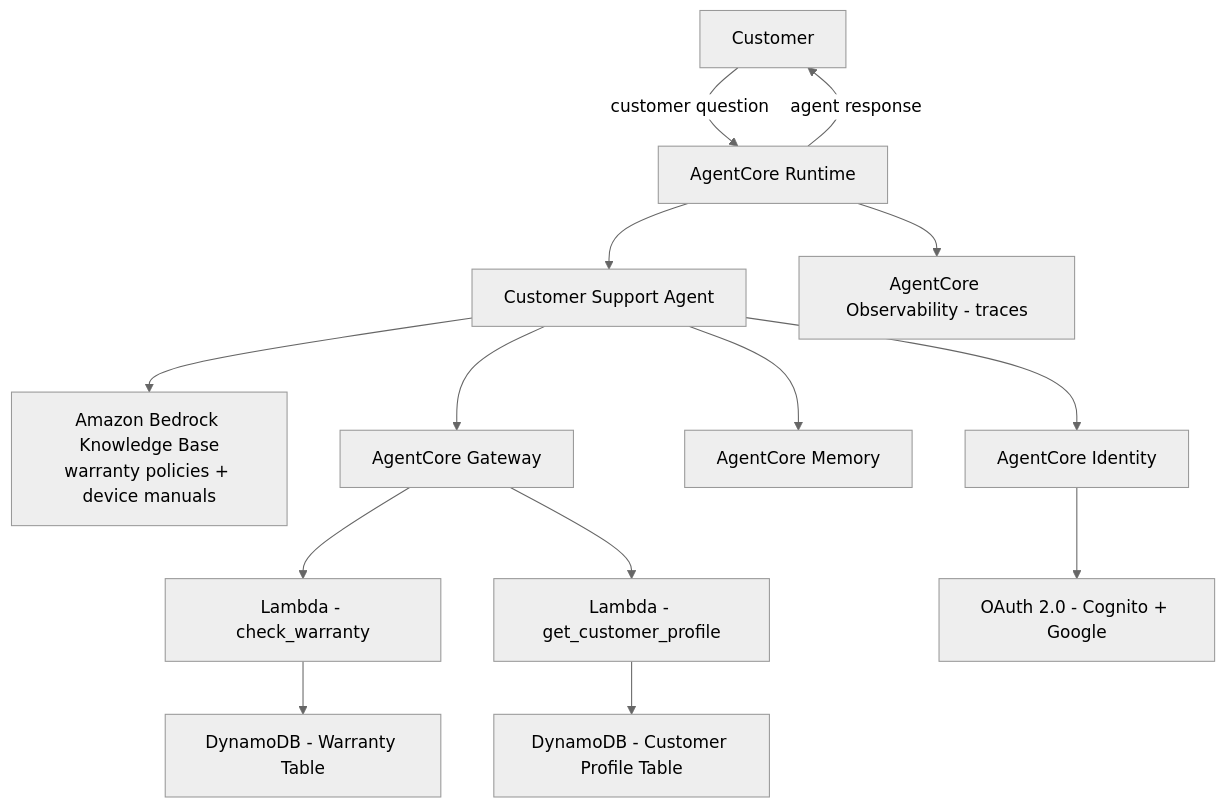
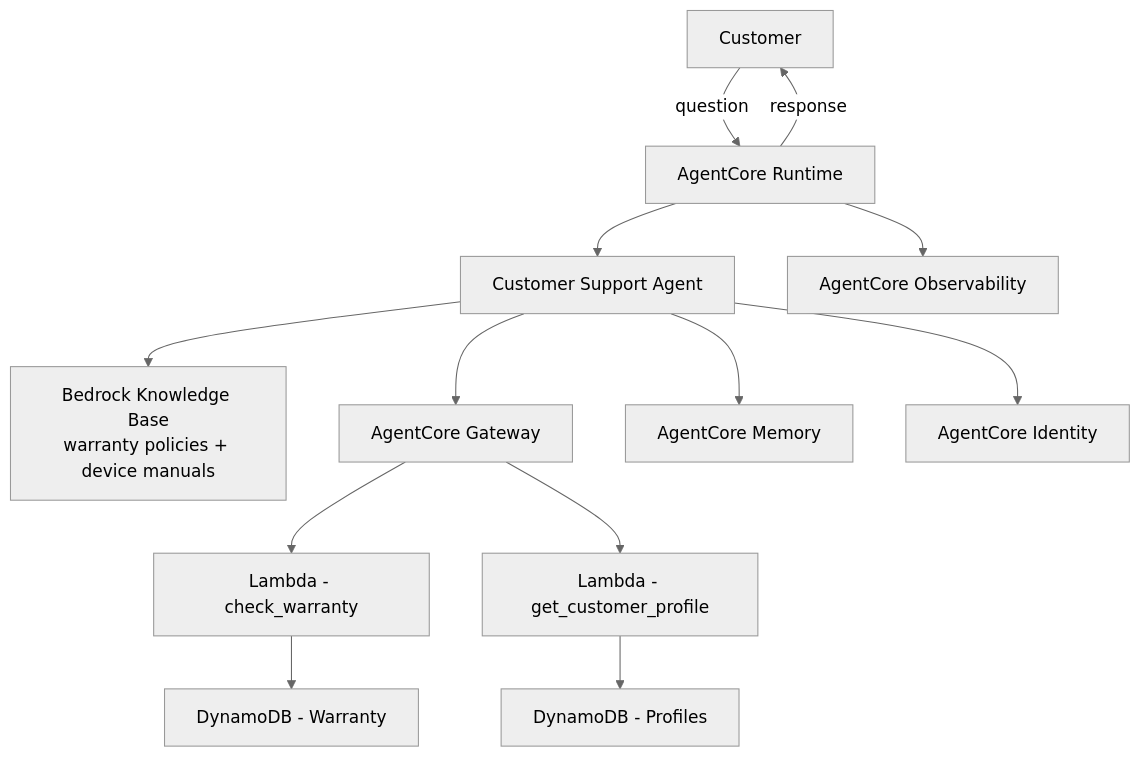
The second of 6 diagrams in doc_bedrock_production/Chapter_02_Bedrock_AgentCore_Production_Ready_Agents.md (DeeptiShuklaProject/Uday_AWS), drawn with Mermaid (neutral theme) before and after one commit. The commit also changed other lines of this file and 147 other files, not shown here.

````diff
--- a/doc_bedrock_production/Chapter_02_Bedrock_AgentCore_Production_Ready_Agents.md
+++ b/doc_bedrock_production/Chapter_02_Bedrock_AgentCore_Production_Ready_Agents.md
@@ -125,16 +98,15 @@
 ```mermaid
 flowchart TD
-    Customer["Customer"] -->|customer question| Runtime["AgentCore Runtime"]
-    Runtime -->|agent response| Customer
+    Customer["Customer"] -->|question| Runtime["AgentCore Runtime"]
+    Runtime -->|response| Customer
     Runtime --> Agent["Customer Support Agent"]
-    Agent --> KB["Amazon Bedrock Knowledge Base<br/>warranty policies + device manuals"]
+    Agent --> KB["Bedrock Knowledge Base<br/>warranty policies + device manuals"]
     Agent --> GW["AgentCore Gateway"]
     GW --> L1["Lambda - check_warranty"]
     GW --> L2["Lambda - get_customer_profile"]
-    L1 --> DB1["DynamoDB - Warranty Table"]
-    L2 --> DB2["DynamoDB - Customer Profile Table"]
+    L1 --> DB1["DynamoDB - Warranty"]
+    L2 --> DB2["DynamoDB - Profiles"]
     Agent --> MEM["AgentCore Memory"]
     Agent --> IDP["AgentCore Identity"]
-    IDP --> OAuth["OAuth 2.0 - Cognito + Google"]
-    Runtime --> OBS["AgentCore Observability - traces"]
+    Runtime --> OBS["AgentCore Observability"]
 ```
````
